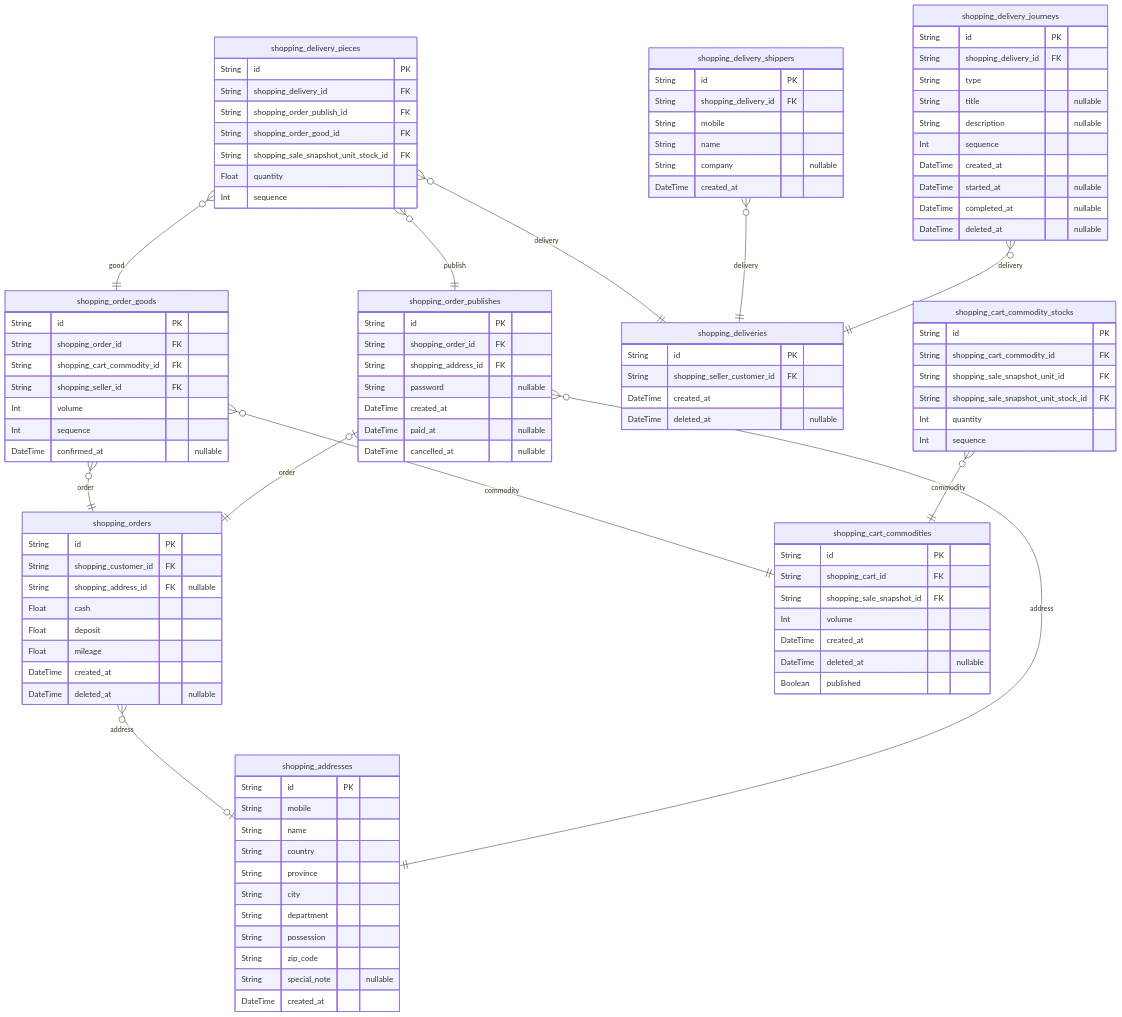
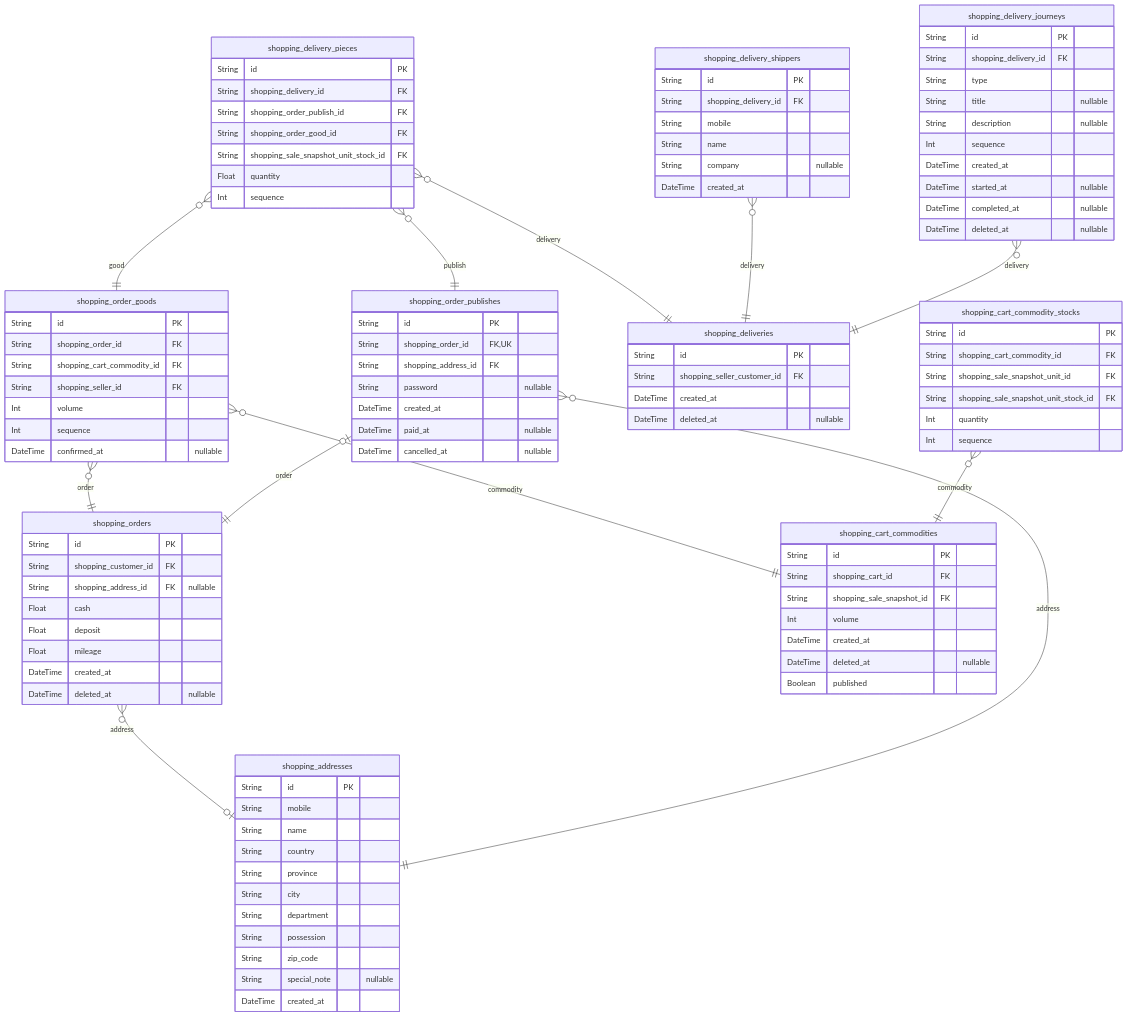
The sixth of 10 diagrams in ERD.md (samchon/prisma-markdown), drawn with Mermaid before and after one commit. The commit also changed other lines of this file and 2 other files, not shown here.

```diff
--- a/ERD.md
+++ b/ERD.md
@@ -1440,7 +1440,7 @@
 }
 "shopping_order_publishes" {
   String id PK
-  String shopping_order_id FK
+  String shopping_order_id FK,UK
   String shopping_address_id FK
   String password "nullable"
   DateTime created_at
```
